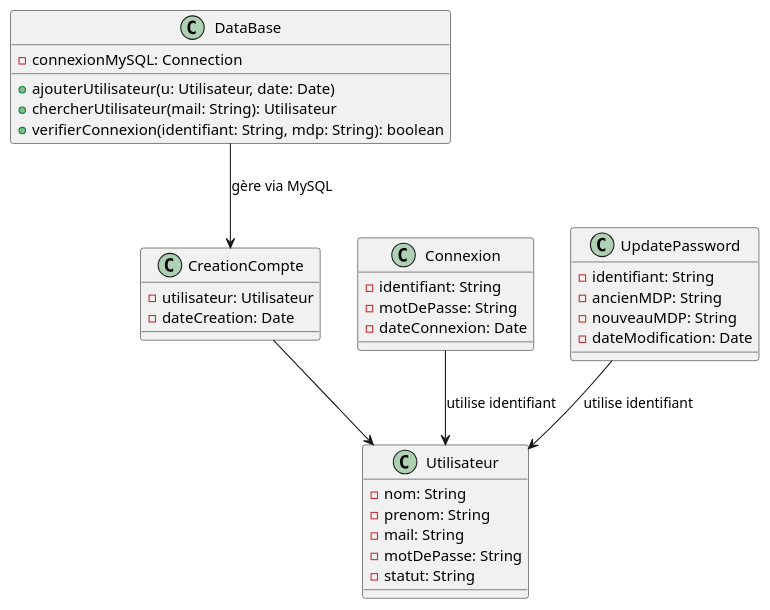
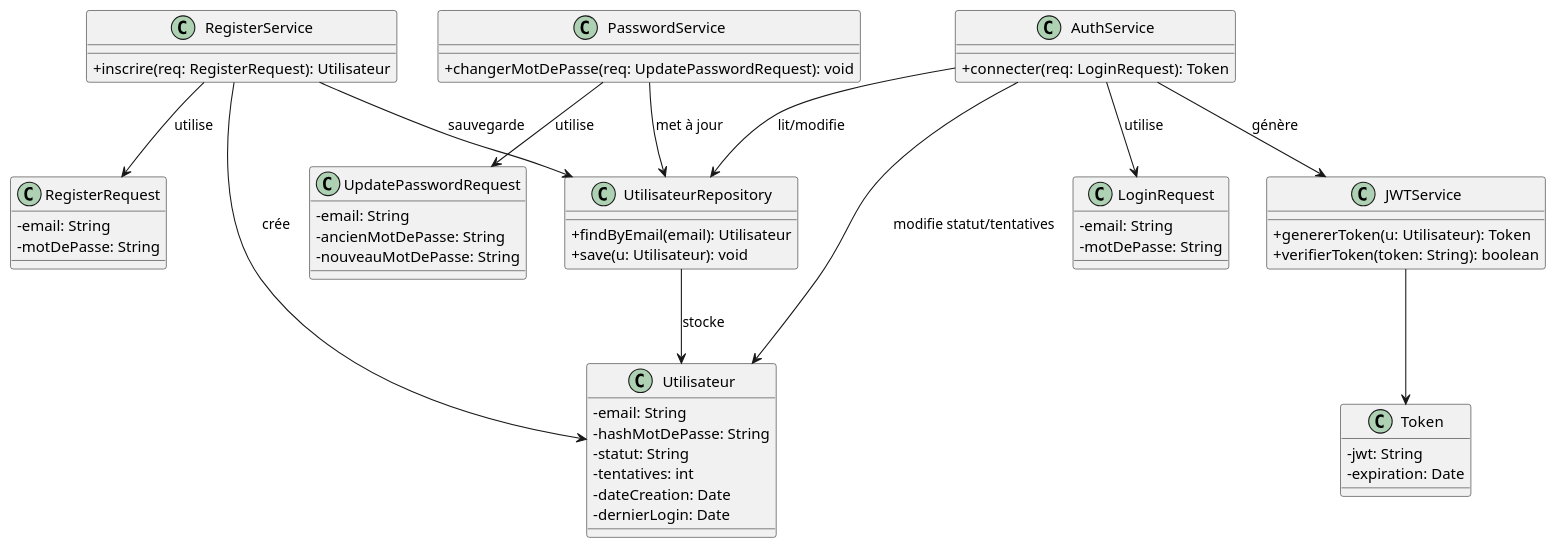
One commit to Atigou-bah/loginManagement changed the diagram in organisation.md. Above: the diagram before and after it, drawn with PlantUML. The commit also changed 2 other files, not shown here.

Commit message:
modification de l'uml et de la classe utilisateur

```diff
--- a/organisation.md
+++ b/organisation.md
@@ -3,41 +2,77 @@
 @startuml
+skinparam classAttributeIconSize 0
 
+' ==== Modèles (données) ====
 class Utilisateur {
-  - nom: String
-  - prenom: String
-  - mail: String
-  - motDePasse: String
+  - email: String
+  - hashMotDePasse: String
   - statut: String
+  - tentatives: int
+  - dateCreation: Date
+  - dernierLogin: Date
 }
 
-class CreationCompte {
-  - utilisateur: Utilisateur
-  - dateCreation: Date
+' ==== Requêtes (DTO – données temporaires) ====
+class RegisterRequest {
+  - email: String
+  - motDePasse: String
 }
 
-class Connexion {
-  - identifiant: String
+class LoginRequest {
+  - email: String
   - motDePasse: String
-  - dateConnexion: Date
 }
 
-class DataBase {
-  - connexionMySQL: Connection
-  + ajouterUtilisateur(u: Utilisateur, date: Date)
-  + chercherUtilisateur(mail: String): Utilisateur
-  + verifierConnexion(identifiant: String, mdp: String): boolean
+class UpdatePasswordRequest {
+  - email: String
+  - ancienMotDePasse: String
+  - nouveauMotDePasse: String
 }
 
-class UpdatePassword {
-  - identifiant: String
-  - ancienMDP: String
-  - nouveauMDP: String
-  - dateModification: Date
+' ==== Services (logique métier) ====
+class RegisterService {
+  + inscrire(req: RegisterRequest): Utilisateur
 }
 
-CreationCompte --> Utilisateur
-DataBase --> CreationCompte : gère via MySQL
-Connexion --> Utilisateur : utilise identifiant
-UpdatePassword --> Utilisateur : utilise identifiant
+class AuthService {
+  + connecter(req: LoginRequest): Token
+}
+
+class PasswordService {
+  + changerMotDePasse(req: UpdatePasswordRequest): void
+}
+
+' ==== Token (authentification) ====
+class Token {
+  - jwt: String
+  - expiration: Date
+}
+
+class JWTService {
+  + genererToken(u: Utilisateur): Token
+  + verifierToken(token: String): boolean
+}
+
+' ==== Repository (accès aux données) ====
+class UtilisateurRepository {
+  + findByEmail(email): Utilisateur
+  + save(u: Utilisateur): void
+}
+
+' ==== Relations ====
+RegisterService --> RegisterRequest : utilise
+RegisterService --> Utilisateur : crée
+RegisterService --> UtilisateurRepository : sauvegarde
+
+AuthService --> LoginRequest : utilise
+AuthService --> JWTService : génère
+AuthService --> UtilisateurRepository : lit/modifie
+AuthService --> Utilisateur : modifie statut/tentatives
+
+PasswordService --> UpdatePasswordRequest : utilise
+PasswordService --> UtilisateurRepository : met à jour
+
+JWTService --> Token
+UtilisateurRepository --> Utilisateur : stocke
 
 @enduml
```
